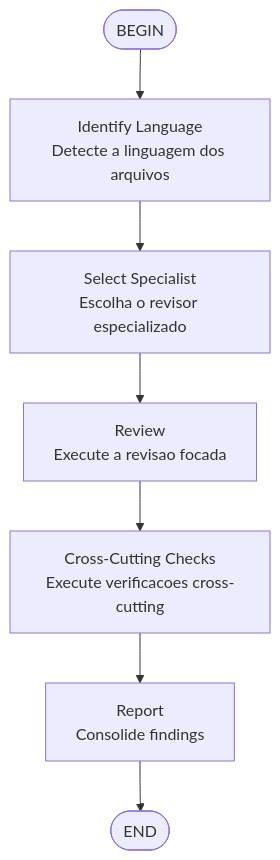
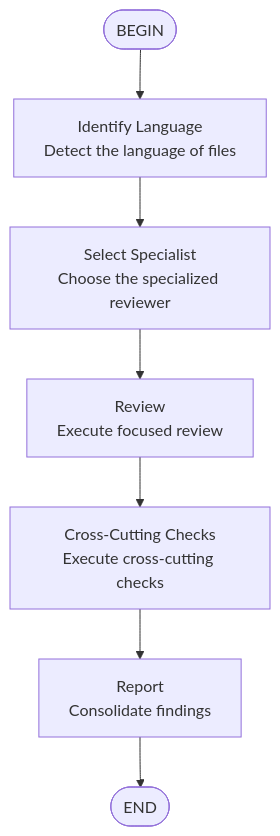
One commit to eduardoabreu81/everything-kimi-code changed the diagram in skills/code-review/SKILL.md. Above: the diagram before and after it, drawn with Mermaid. The commit also changed other lines of this file and 8 other files, not shown here.

````diff
--- a/skills/code-review/SKILL.md
+++ b/skills/code-review/SKILL.md
@@ -11,9 +11,9 @@
 ```mermaid
 flowchart TD
-    A([BEGIN]) --> B[Identify Language<br/>Detecte a linguagem dos arquivos]
-    B --> C[Select Specialist<br/>Escolha o revisor especializado]
-    C --> D[Review<br/>Execute a revisao focada]
-    D --> E[Cross-Cutting Checks<br/>Execute verificacoes cross-cutting]
-    E --> F[Report<br/>Consolide findings]
+    A([BEGIN]) --> B[Identify Language<br/>Detect the language of files]
+    B --> C[Select Specialist<br/>Choose the specialized reviewer]
+    C --> D[Review<br/>Execute focused review]
+    D --> E[Cross-Cutting Checks<br/>Execute cross-cutting checks]
+    E --> F[Report<br/>Consolidate findings]
     F --> G([END])
 ```
````
